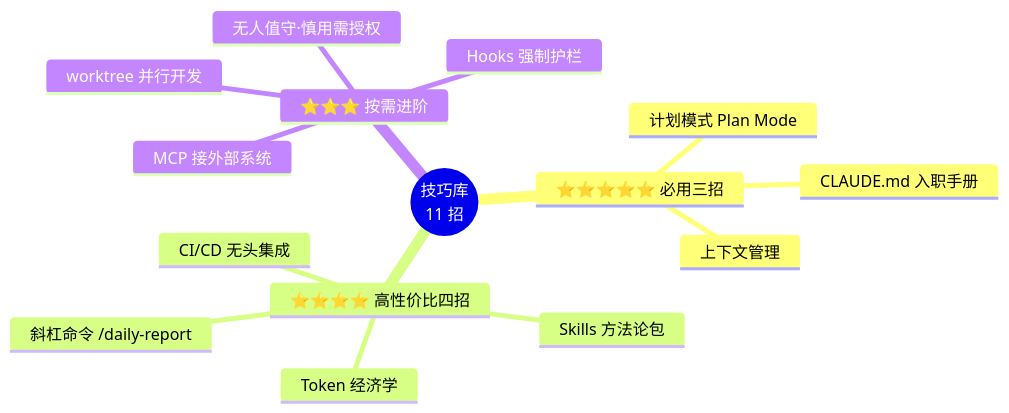
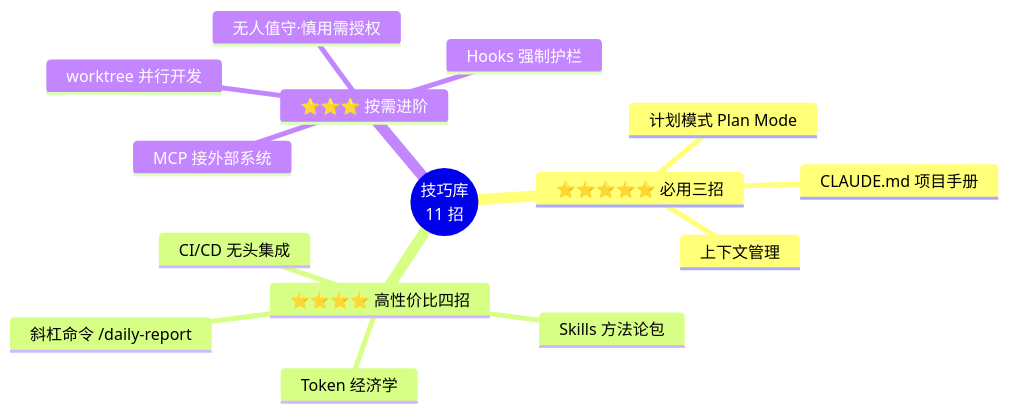
One commit to Woaini654321/efficiency-improvement changed the eighth of 20 diagrams in 第二次分享资料/Claude-Code提效实战分享-图文版.md. Above: the diagram before and after it, drawn with Mermaid. The commit also changed other lines of this file, not shown here.

````diff
--- a/第二次分享资料/Claude-Code提效实战分享-图文版.md
+++ b/第二次分享资料/Claude-Code提效实战分享-图文版.md
@@ -574,18 +572,18 @@
 ```mermaid
 mindmap
   root((技巧库<br/>11 招))
     ⭐⭐⭐⭐⭐ 必用三招
-      CLAUDE.md 入职手册
+      CLAUDE.md 项目手册
       计划模式 Plan Mode
       上下文管理
     ⭐⭐⭐⭐ 高性价比四招
       斜杠命令 /daily-report
       Skills 方法论包
       Token 经济学
       CI/CD 无头集成
     ⭐⭐⭐ 按需进阶
       MCP 接外部系统
       Hooks 强制护栏
       worktree 并行开发
       无人值守·慎用需授权
 ```
````
